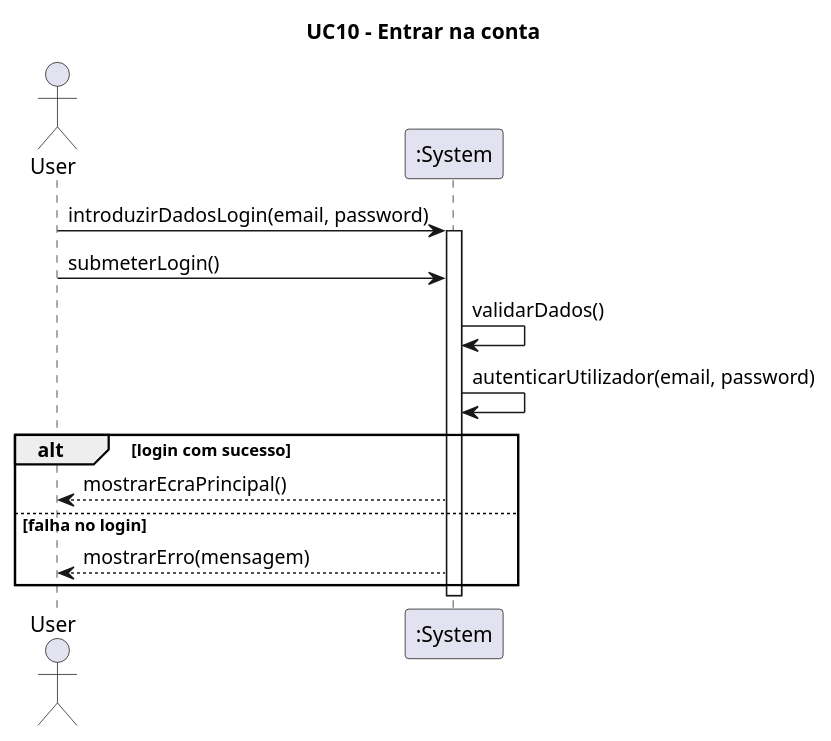
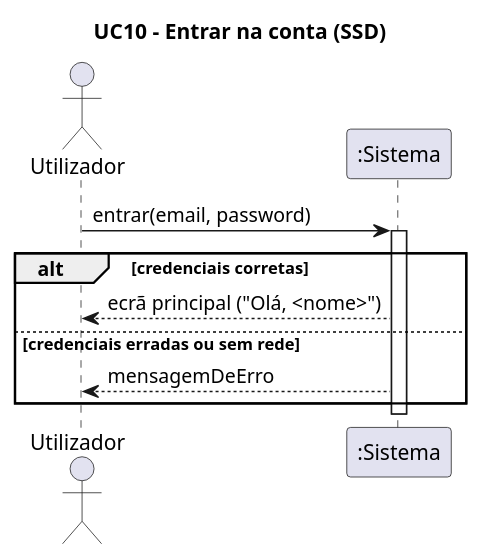
Before and after one commit to Diogo-29/DSSMV_ProjectDroid_1240632_1240857: the diagram in app/docs/UCs/UC10-SSD.puml, drawn with PlantUML. The commit also changed 72 other files, not shown here.

```diff
--- a/app/docs/UCs/UC10-SSD.puml
+++ b/app/docs/UCs/UC10-SSD.puml
@@ -1,27 +1,15 @@
 @startuml
+title UC10 - Entrar na conta (SSD)
 
-title UC10 - Entrar na conta
+actor "Utilizador" as U
+participant ":Sistema" as S
 
-actor User
-participant ":System" as System
-
-User -> System: introduzirDadosLogin(email, password)
-activate System
-
-User -> System: submeterLogin()
-
-    System -> System: validarDados()
-
-    System -> System: autenticarUtilizador(email, password)
-
-    alt login com sucesso
-
-        System --> User: mostrarEcraPrincipal()
-
-    else falha no login
-
-        System --> User: mostrarErro(mensagem)
-    end
-
-deactivate System
+U -> S: entrar(email, password)
+activate S
+alt credenciais corretas
+  S --> U: ecrã principal ("Olá, <nome>")
+else credenciais erradas ou sem rede
+  S --> U: mensagemDeErro
+end
+deactivate S
 @enduml
```
